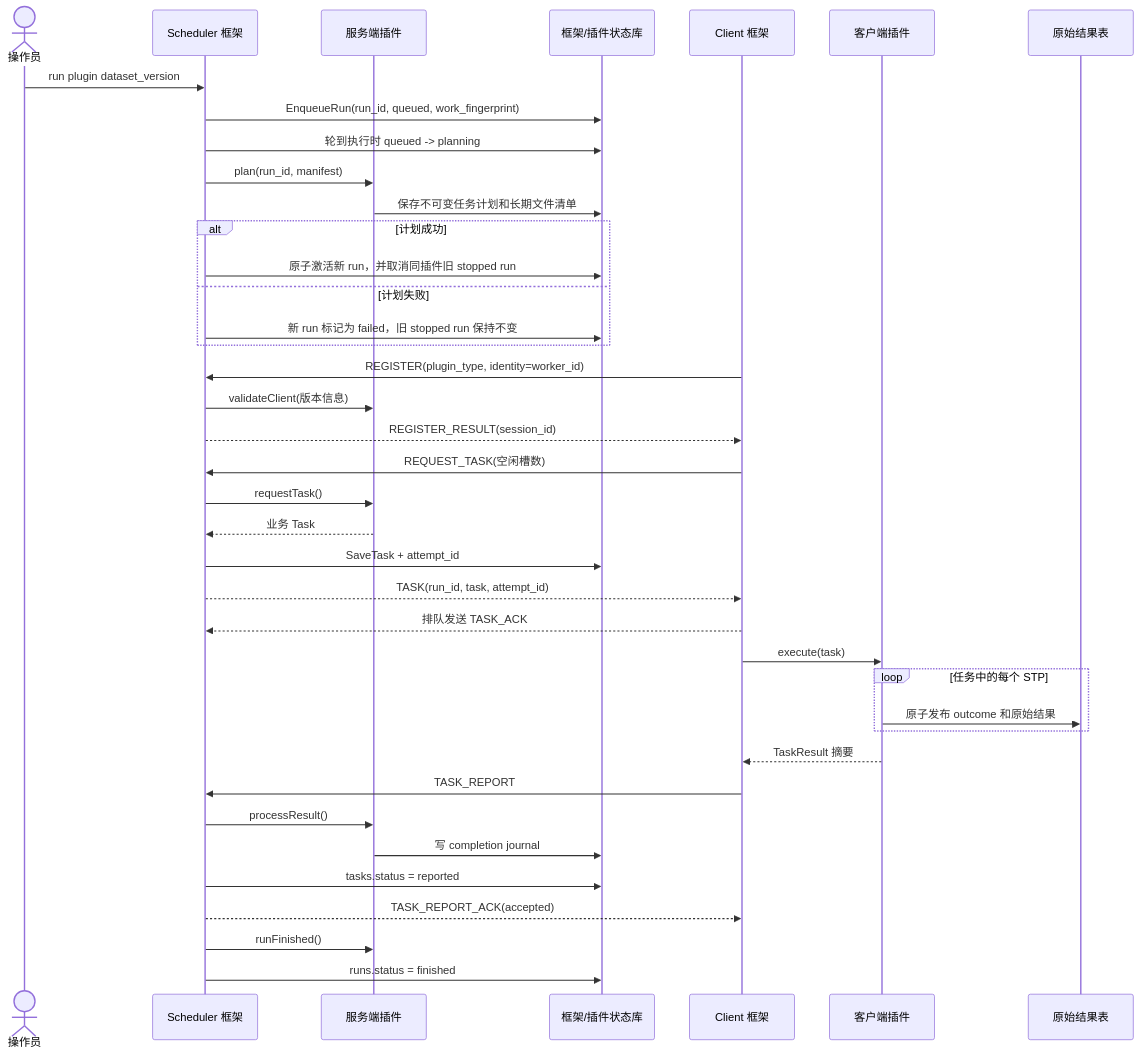
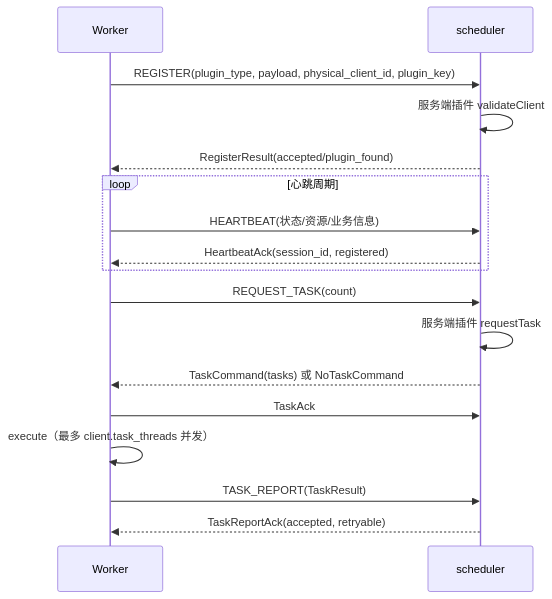
One commit to cuiyuexin428/TestTracking changed the third of 4 diagrams in docs/设计说明.md. Above: the diagram before and after it, drawn with Mermaid. The commit also changed other lines of this file and 7 other files, not shown here.

````diff
--- a/docs/设计说明.md
+++ b/docs/设计说明.md
@@ -88,46 +96,19 @@
 ```mermaid
 sequenceDiagram
-    actor User as 操作员
-    participant Sch as Scheduler 框架
-    participant SPlg as 服务端插件
-    participant FDB as 框架/插件状态库
-    participant Cli as Client 框架
-    participant CPlg as 客户端插件
-    participant RDB as 原始结果表
-
-    User->>Sch: run plugin dataset_version
-    Sch->>FDB: EnqueueRun(run_id, queued, work_fingerprint)
-    Sch->>FDB: 轮到执行时 queued -> planning
-    Sch->>SPlg: plan(run_id, manifest)
-    SPlg->>FDB: 保存不可变任务计划和长期文件清单
-    alt 计划成功
-        Sch->>FDB: 原子激活新 run，并取消同插件旧 stopped run
-    else 计划失败
-        Sch->>FDB: 新 run 标记为 failed，旧 stopped run 保持不变
+    participant W as Worker
+    participant S as scheduler
+    W->>S: REGISTER(plugin_type, payload, physical_client_id, plugin_key)
+    S->>S: 服务端插件 validateClient
+    S-->>W: RegisterResult(accepted/plugin_found)
+    loop 心跳周期
+        W->>S: HEARTBEAT(状态/资源/业务信息)
+        S-->>W: HeartbeatAck(session_id, registered)
     end
-
-    Cli->>Sch: REGISTER(plugin_type, identity=worker_id)
-    Sch->>SPlg: validateClient(版本信息)
-    Sch-->>Cli: REGISTER_RESULT(session_id)
-
-    Cli->>Sch: REQUEST_TASK(空闲槽数)
-    Sch->>SPlg: requestTask()
-    SPlg-->>Sch: 业务 Task
-    Sch->>FDB: SaveTask + attempt_id
-    Sch-->>Cli: TASK(run_id, task, attempt_id)
-    Cli-->>Sch: 排队发送 TASK_ACK
-
-    Cli->>CPlg: execute(task)
-    loop 任务中的每个 STP
-        CPlg->>RDB: 原子发布 outcome 和原始结果
-    end
-    CPlg-->>Cli: TaskResult 摘要
-    Cli->>Sch: TASK_REPORT
-    Sch->>SPlg: processResult()
-    SPlg->>FDB: 写 completion journal
-    Sch->>FDB: tasks.status = reported
-    Sch-->>Cli: TASK_REPORT_ACK(accepted)
-
-    Sch->>SPlg: runFinished()
-    Sch->>FDB: runs.status = finished
+    W->>S: REQUEST_TASK(count)
+    S->>S: 服务端插件 requestTask
+    S-->>W: TaskCommand(tasks) 或 NoTaskCommand
+    W->>S: TaskAck
+    W->>W: execute（最多 client.task_threads 并发）
+    W->>S: TASK_REPORT(TaskResult)
+    S-->>W: TaskReportAck(accepted, retryable)
 ```
````
